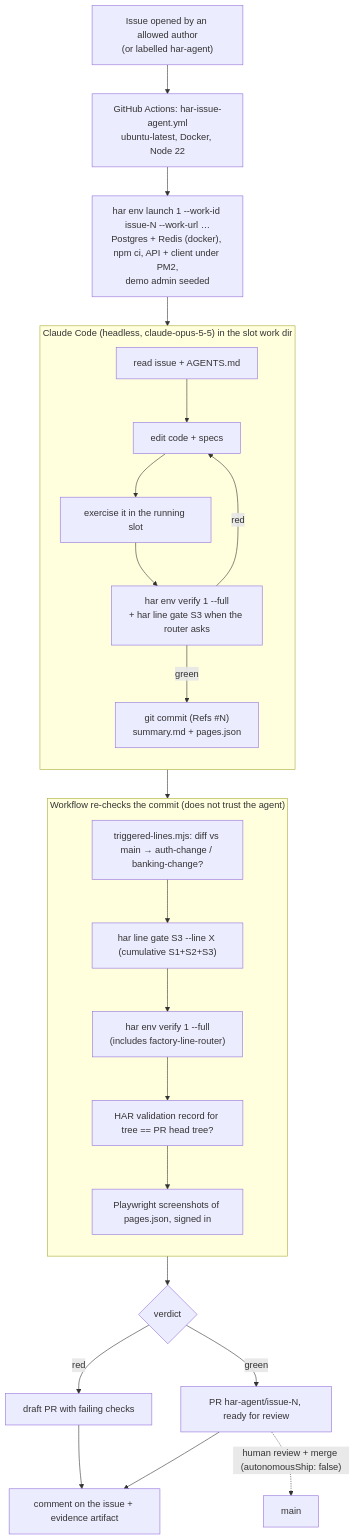
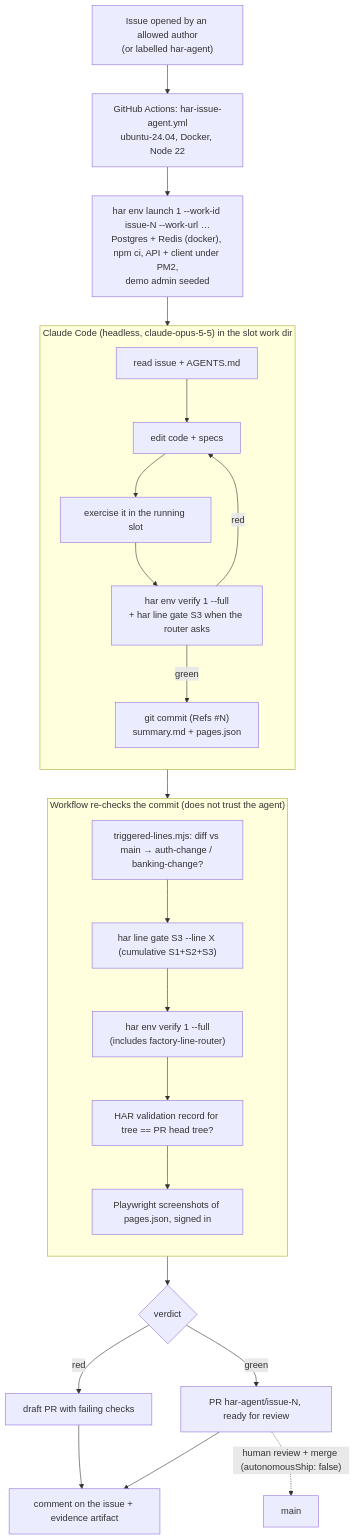
One commit to kernoio-benchmark/ghostfolio changed the diagram in .github/har-agent/README.md. Above: the diagram before and after it, drawn with Mermaid. The commit also changed other lines of this file and 1 other file, not shown here.

Commit message:
fix(har): run the issue agent on ubuntu-24.04; screenshots never block a run
ubuntu-latest moved to 26.04, which Playwright 1.56 cannot install browser
dependencies for. The Playwright install is now its own non-blocking step.

````diff
--- a/.github/har-agent/README.md
+++ b/.github/har-agent/README.md
@@ -15,31 +15,31 @@
 ```mermaid
 flowchart TD
-    I["Issue opened by an allowed author<br/>(or labelled har-agent)"] --> W["GitHub Actions: har-issue-agent.yml<br/>ubuntu-latest, Docker, Node 22"]
+    I["Issue opened by an allowed author<br/>(or labelled har-agent)"] --> W["GitHub Actions: har-issue-agent.yml<br/>ubuntu-24.04, Docker, Node 22"]
     W --> L["har env launch 1 --work-id issue-N --work-url …<br/>Postgres + Redis (docker), npm ci, API + client under PM2,<br/>demo admin seeded"]
     L --> A
 
     subgraph A ["Claude Code (headless, claude-opus-5-5) in the slot work dir"]
         direction TB
         A1["read issue + AGENTS.md"] --> A2["edit code + specs"] --> A3["exercise it in the running slot"]
         A3 --> A4["har env verify 1 --full<br/>+ har line gate S3 when the router asks"]
         A4 -->|red| A2
         A4 -->|green| A5["git commit (Refs #N)<br/>summary.md + pages.json"]
     end
 
     A --> R
 
     subgraph R ["Workflow re-checks the commit (does not trust the agent)"]
         direction TB
         R1["triggered-lines.mjs: diff vs main → auth-change / banking-change?"] --> R2["har line gate S3 --line X (cumulative S1+S2+S3)"]
         R2 --> R3["har env verify 1 --full<br/>(includes factory-line-router)"]
         R3 --> R4["HAR validation record for tree == PR head tree?"]
         R4 --> R5["Playwright screenshots of pages.json, signed in"]
     end
 
     R --> P{"verdict"}
     P -->|green| PR["PR har-agent/issue-N, ready for review"]
     P -->|red| D["draft PR with failing checks"]
     PR --> C["comment on the issue + evidence artifact"]
     D --> C
     PR -.->|"human review + merge (autonomousShip: false)"| M[main]
 ```
````
